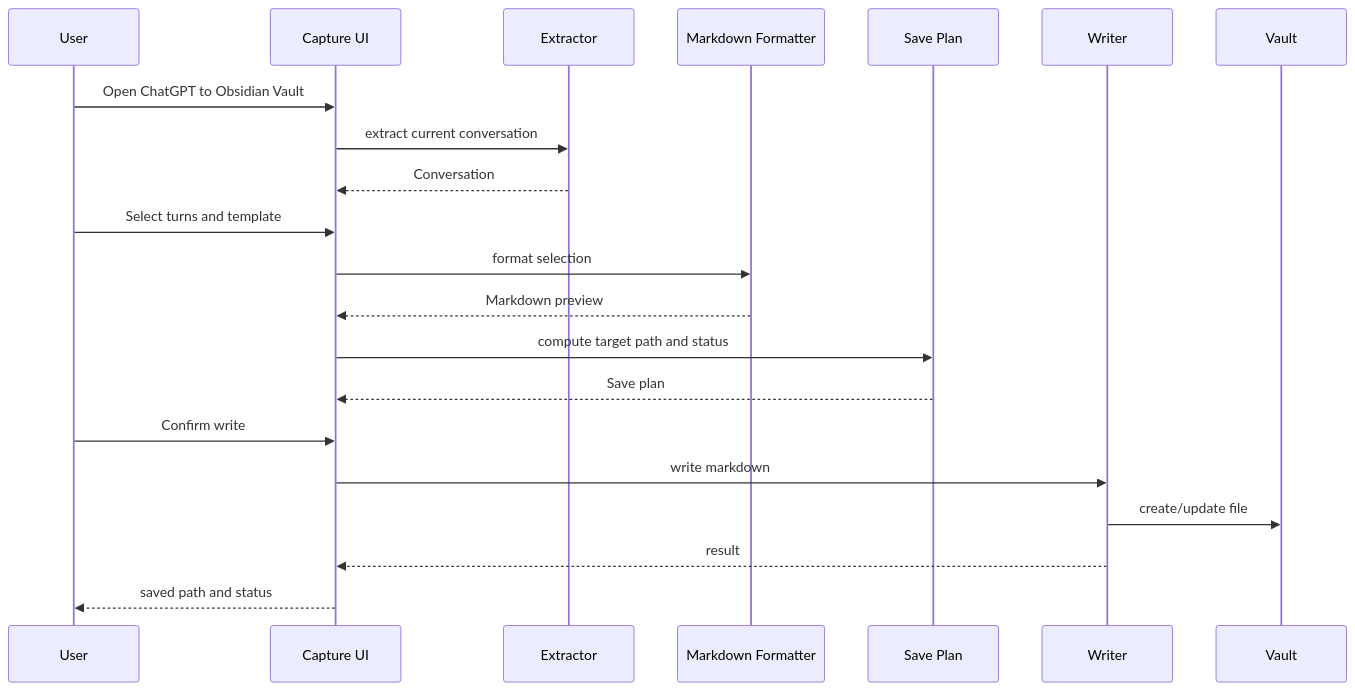
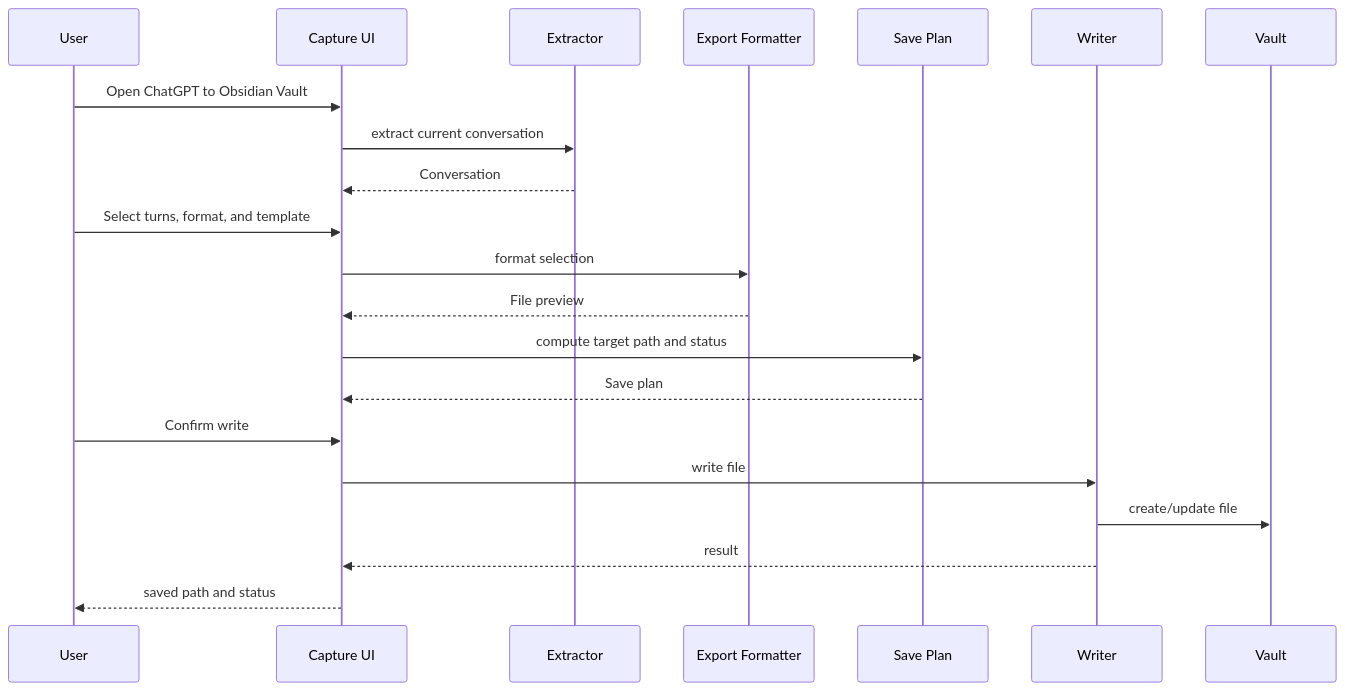
Before and after one commit to summerchaserwwz/chatgpt-to-obsidian-vault: the second of 4 diagrams in output/chatgpt-to-obsidian-vault-architecture.md, drawn with Mermaid. The commit also changed other lines of this file and 18 other files, not shown here.

````diff
--- a/output/chatgpt-to-obsidian-vault-architecture.md
+++ b/output/chatgpt-to-obsidian-vault-architecture.md
@@ -175,24 +193,24 @@
 ```mermaid
 sequenceDiagram
   participant U as User
   participant UI as Capture UI
   participant EX as Extractor
-  participant MD as Markdown Formatter
+  participant MD as Export Formatter
   participant SP as Save Plan
   participant WR as Writer
   participant VA as Vault
 
   U->>UI: Open ChatGPT to Obsidian Vault
   UI->>EX: extract current conversation
   EX-->>UI: Conversation
-  U->>UI: Select turns and template
+  U->>UI: Select turns, format, and template
   UI->>MD: format selection
-  MD-->>UI: Markdown preview
+  MD-->>UI: File preview
   UI->>SP: compute target path and status
   SP-->>UI: Save plan
   U->>UI: Confirm write
-  UI->>WR: write markdown
+  UI->>WR: write file
   WR->>VA: create/update file
   WR-->>UI: result
   UI-->>U: saved path and status
 ```
````
